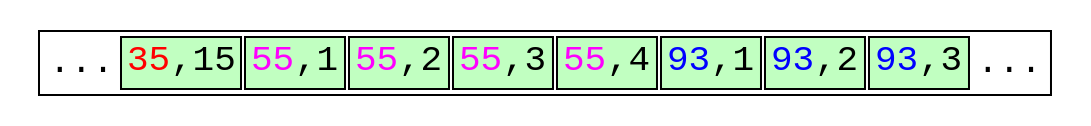
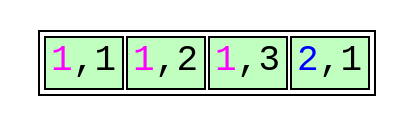
The diagram in leaf-page-split.dot (petergeoghegan/pg_query_internals), drawn with Graphviz before and after one commit.

```diff
--- a/leaf-page-split.dot
+++ b/leaf-page-split.dot
@@ -1,35 +1,29 @@
 // Example B-Tree graph
 //
 // Breadth-first order
 //
 // Start from root, go left to right
 //
 // Workflow:
 //
 // $ dot -T svg btree.dot -o btree.svg;
 
 digraph nbtree {
 graph [fontname = "monospace"];
 node [shape = none,height=.1,fontname = "monospace",fontsize=18];
 // Level 0 (leaf level)
 leafnode_1[ label=<<table>
                     <tr>
-                        <td border="0" bgcolor='white' port="t0">...</td>
-                        <td bgcolor='darkseagreen1' port="t1"><font color="red">35</font>,15</td>
-                        <td bgcolor='darkseagreen1' port="t2"><font color="magenta">55</font>,1</td>
-                        <td bgcolor='darkseagreen1' port="t3"><font color="magenta">55</font>,2</td>
-                        <td bgcolor='darkseagreen1' port="t4"><font color="magenta">55</font>,3</td>
-                        <td bgcolor='darkseagreen1' port="t5"><font color="magenta">55</font>,4</td>
+                        <td bgcolor='darkseagreen1' port="t2"><font color="magenta">1</font>,1</td>
+                        <td bgcolor='darkseagreen1' port="t3"><font color="magenta">1</font>,2</td>
+                        <td bgcolor='darkseagreen1' port="t4"><font color="magenta">1</font>,3</td>
                         <!-- <td align="center" border="0" bgcolor='white' port="t6">&#9986;</td> -->
-                        <td bgcolor='darkseagreen1' port="t7"><font color="blue">93</font>,1</td>
-                        <td bgcolor='darkseagreen1' port="t8"><font color="blue">93</font>,2</td>
-                        <td bgcolor='darkseagreen1' port="t9"><font color="blue">93</font>,3</td>
-                        <td border="0" bgcolor='white' port="t10">...</td>
+                        <td bgcolor='darkseagreen1' port="t7"><font color="blue">2</font>,1</td>
                     </tr>
                 </table>
                >
         ];
 //Force alignment from root to internal to leaf levels:
 //edge[style=invis];
 //"rootnode":d1 -> "leafnode_2":t2
 }
```
